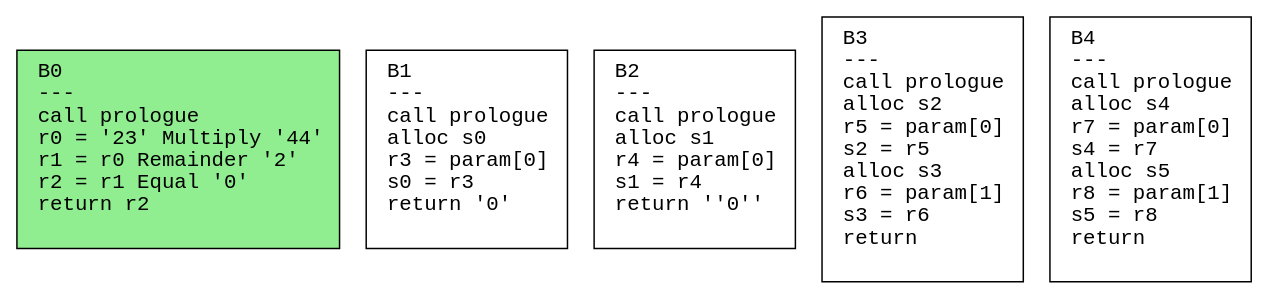
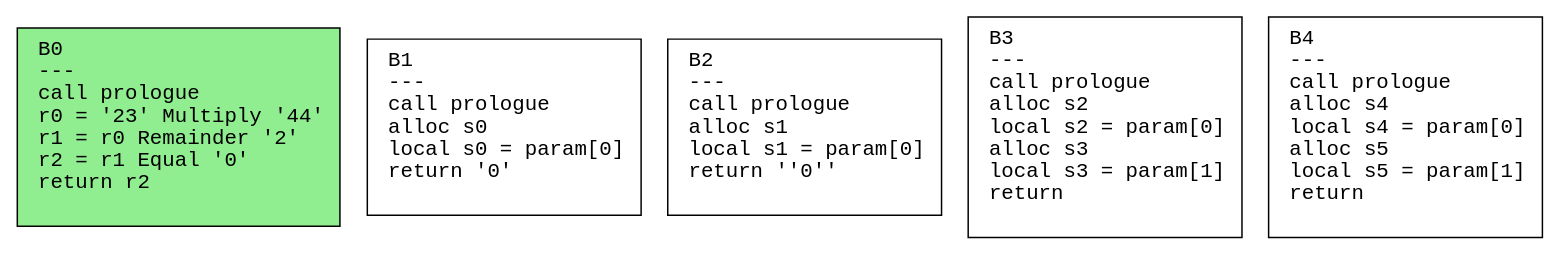
The diagram in schemes/bool.dot (safarislava/ProcTranslator), drawn with Graphviz before and after one commit. The commit also changed 20 other files, not shown here.

```diff
--- a/schemes/bool.dot
+++ b/schemes/bool.dot
@@ -1,12 +1,12 @@
 digraph CFG {
   rankdir=TB;
   node [shape=box, fontname="Courier", style=filled, fillcolor=white, margin="0.2,0.1"];
   edge [fontname="Courier"];
 
   "B0" [label="B0\l---\lcall prologue\lr0 = '23' Multiply '44'\lr1 = r0 Remainder '2'\lr2 = r1 Equal '0'\lreturn r2\l "];
-  "B1" [label="B1\l---\lcall prologue\lalloc s0\lr3 = param[0]\ls0 = r3\lreturn '0'\l "];
-  "B2" [label="B2\l---\lcall prologue\lalloc s1\lr4 = param[0]\ls1 = r4\lreturn ''0''\l "];
-  "B3" [label="B3\l---\lcall prologue\lalloc s2\lr5 = param[0]\ls2 = r5\lalloc s3\lr6 = param[1]\ls3 = r6\lreturn\l "];
-  "B4" [label="B4\l---\lcall prologue\lalloc s4\lr7 = param[0]\ls4 = r7\lalloc s5\lr8 = param[1]\ls5 = r8\lreturn\l "];
+  "B1" [label="B1\l---\lcall prologue\lalloc s0\llocal s0 = param[0]\lreturn '0'\l "];
+  "B2" [label="B2\l---\lcall prologue\lalloc s1\llocal s1 = param[0]\lreturn ''0''\l "];
+  "B3" [label="B3\l---\lcall prologue\lalloc s2\llocal s2 = param[0]\lalloc s3\llocal s3 = param[1]\lreturn\l "];
+  "B4" [label="B4\l---\lcall prologue\lalloc s4\llocal s4 = param[0]\lalloc s5\llocal s5 = param[1]\lreturn\l "];
   "B0" [fillcolor=lightgreen];
 }
```
